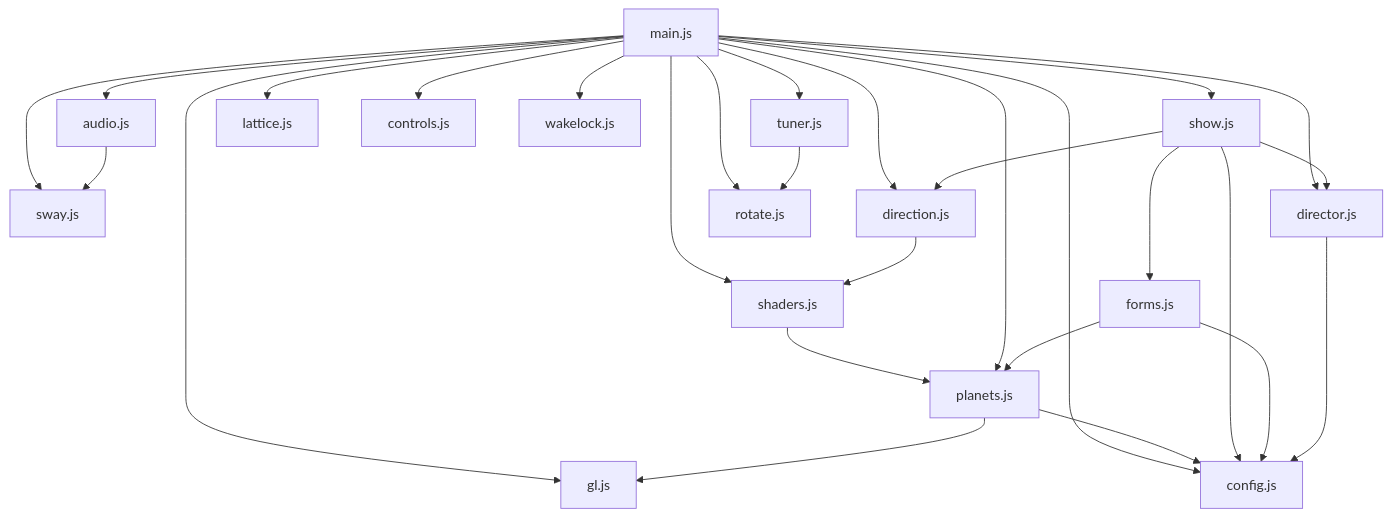
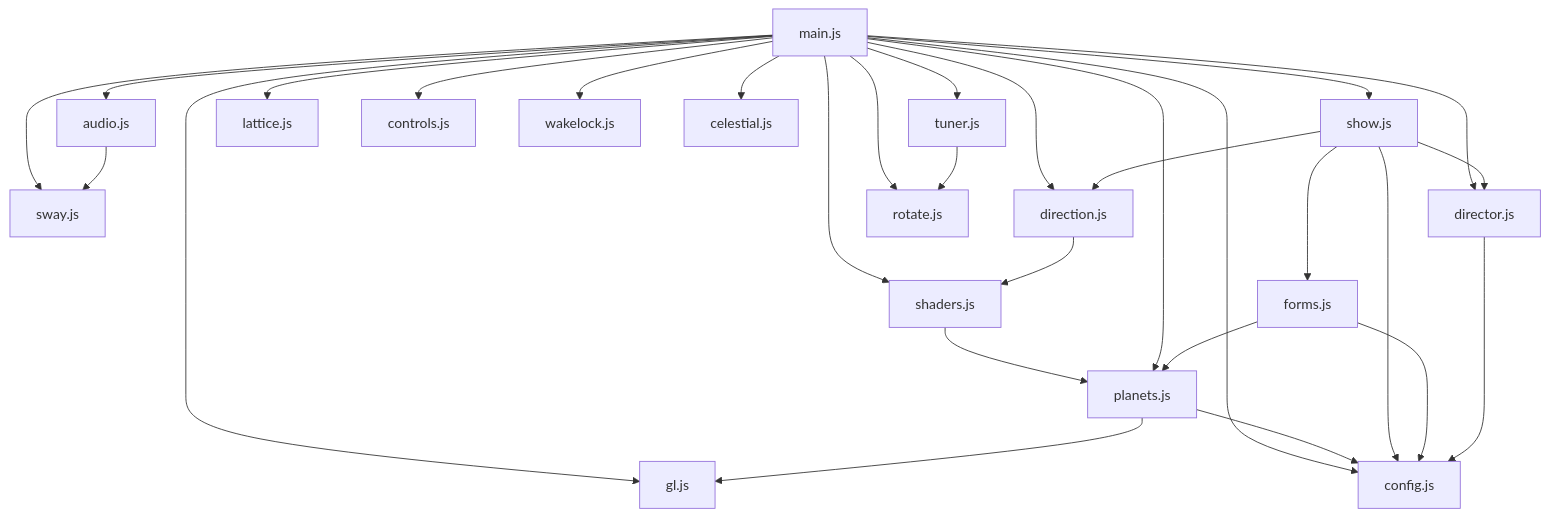
One commit to sf624/rain-of-light changed the third of 3 diagrams in docs/design.md. Above: the diagram before and after it, drawn with Mermaid. The commit also changed other lines of this file and 23 other files, not shown here.

````diff
--- a/docs/design.md
+++ b/docs/design.md
@@ -1310,30 +1315,31 @@
 ```mermaid
 flowchart TD
   main["main.js"] --> tuner["tuner.js"]
   main --> audio["audio.js"]
   main --> sway["sway.js"]
   main --> config["config.js"]
   main --> show["show.js"]
   main --> director["director.js"]
   main --> direction["direction.js"]
   main --> shaders["shaders.js"]
   main --> gl["gl.js"]
   main --> lattice["lattice.js"]
   main --> controls["controls.js"]
   main --> wakelock["wakelock.js"]
   main --> rotate["rotate.js"]
   tuner --> rotate
   audio --> sway
   shaders --> planets["planets.js"]
+  main --> celestial["celestial.js"]
   main --> planets
   forms --> planets
   planets --> config
   planets --> gl
   show --> config
   show --> director
   show --> forms["forms.js"]
   show --> direction
   forms --> config
   director --> config
   direction --> shaders
 ```
````
